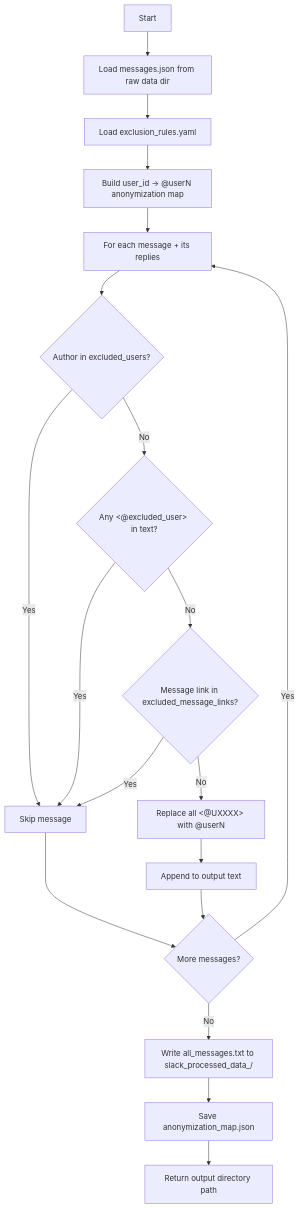
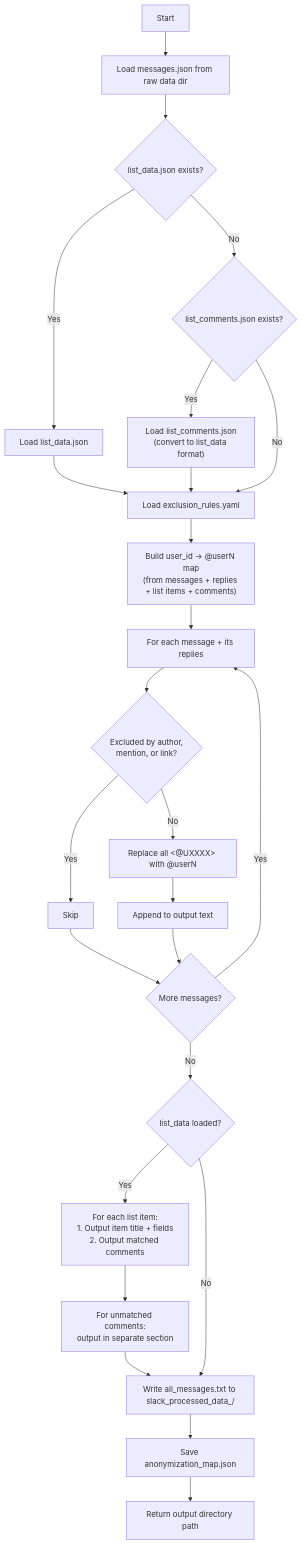
One commit to dchourasia/slack-rag-data-generator changed the third of 5 diagrams in plan.md. Above: the diagram before and after it, drawn with Mermaid. The commit also changed other lines of this file and 2 other files, not shown here.

Commit message:
updating slack extractor

````diff
--- a/plan.md
+++ b/plan.md
@@ -291,21 +342,27 @@
 ```mermaid
 flowchart TD
     Start[Start] --> LoadRaw["Load messages.json from raw data dir"]
-    LoadRaw --> LoadExclusion[Load exclusion_rules.yaml]
-    LoadExclusion --> BuildAnonMap["Build user_id -> @userN anonymization map"]
+    LoadRaw --> LoadListData{"list_data.json exists?"}
+    LoadListData -->|Yes| LoadLD["Load list_data.json"]
+    LoadListData -->|No| LoadLegacy{"list_comments.json exists?"}
+    LoadLegacy -->|Yes| LoadLC["Load list_comments.json\n(convert to list_data format)"]
+    LoadLegacy -->|No| LoadExclusion
+    LoadLD --> LoadExclusion[Load exclusion_rules.yaml]
+    LoadLC --> LoadExclusion
+    LoadExclusion --> BuildAnonMap["Build user_id -> @userN map\n(from messages + replies + list items + comments)"]
     BuildAnonMap --> IterateMsg[For each message + its replies]
-    IterateMsg --> CheckAuthor{"Author in excluded_users?"}
-    CheckAuthor -->|Yes| Skip[Skip message]
-    CheckAuthor -->|No| CheckMentions{"Any <@excluded_user> in text?"}
-    CheckMentions -->|Yes| Skip
-    CheckMentions -->|No| CheckLink{"Message link in excluded_message_links?"}
-    CheckLink -->|Yes| Skip
-    CheckLink -->|No| Anonymize["Replace all <@UXXXX> with @userN"]
+    IterateMsg --> CheckExclude{"Excluded by author,\nmention, or link?"}
+    CheckExclude -->|Yes| Skip[Skip]
+    CheckExclude -->|No| Anonymize["Replace all <@UXXXX> with @userN"]
     Anonymize --> AppendOutput[Append to output text]
     Skip --> NextMsg{More messages?}
     AppendOutput --> NextMsg
     NextMsg -->|Yes| IterateMsg
-    NextMsg -->|No| WriteFile["Write all_messages.txt to slack_processed_data_<ts>/"]
+    NextMsg -->|No| HasLD{"list_data loaded?"}
+    HasLD -->|Yes| IterateItems["For each list item:\n1. Output item title + fields\n2. Output matched comments"]
+    HasLD -->|No| WriteFile
+    IterateItems --> IterateUnmatched["For unmatched comments:\noutput in separate section"]
+    IterateUnmatched --> WriteFile["Write all_messages.txt to slack_processed_data_<ts>/"]
     WriteFile --> SaveMap["Save anonymization_map.json"]
     SaveMap --> Done[Return output directory path]
 ```
````
